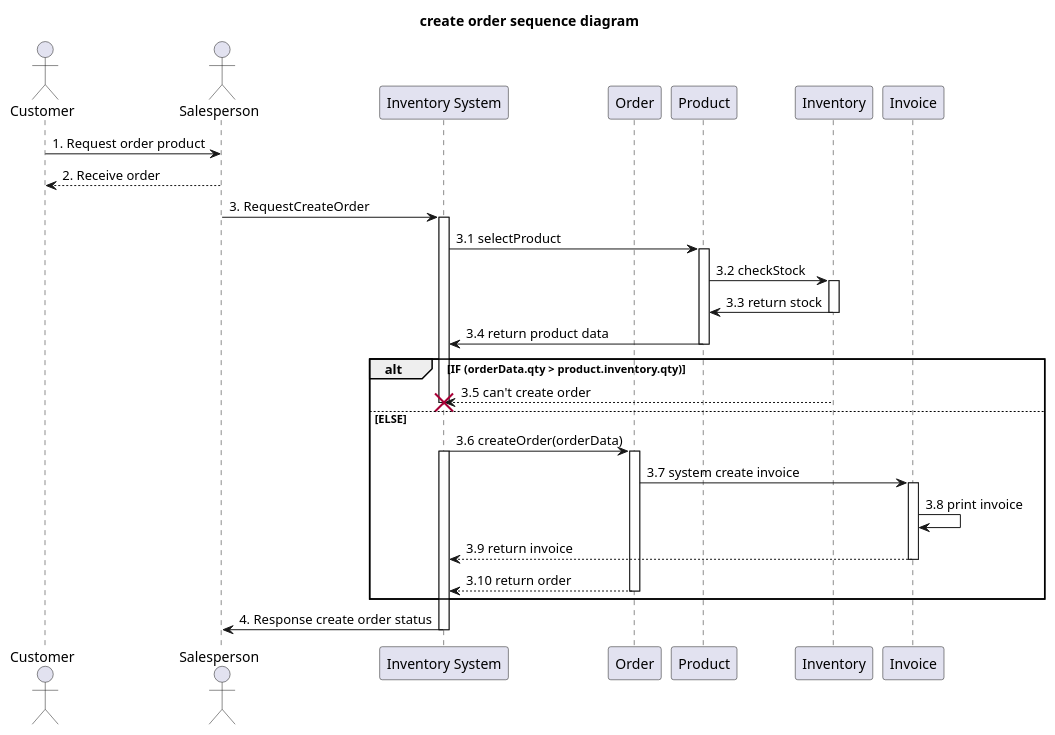
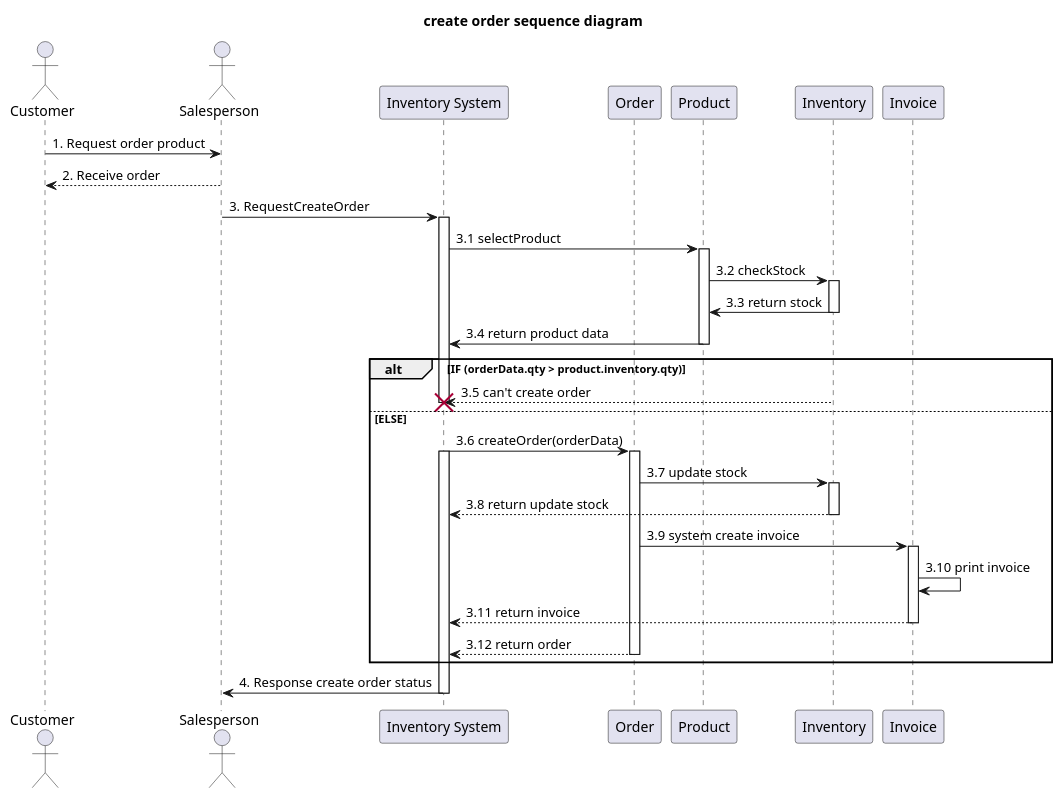
The diagram in system-analysis/sequence/_4_2_sequence-create-order.puml (billowdev/inventory-system-plantuml-sequelize-seeder-example), drawn with PlantUML before and after one commit.

```diff
--- a/system-analysis/sequence/_4_2_sequence-create-order.puml
+++ b/system-analysis/sequence/_4_2_sequence-create-order.puml
@@ -1,67 +1,74 @@
 @startuml
 'example
 title create order sequence diagram
 
 actor Customer as actorCustomer
 
 actor Salesperson as actorSalesperson
 participant "Inventory System" as InventorySystem
 participant "Order" as classOrder
 participant "Product" as classProduct
 participant "Inventory" as classInventory
 participant "Invoice" as classInvoice
 
 
 actorCustomer -> actorSalesperson : 1. Request order product
 
 actorSalesperson --> actorCustomer : 2. Receive order
 
 actorSalesperson -> InventorySystem: 3. RequestCreateOrder
 activate InventorySystem
 
 '-------------- START create order ---------------
 InventorySystem -> classProduct: 3.1 selectProduct
 activate classProduct
 
 classProduct -> classInventory: 3.2 checkStock
 activate classInventory
 
 classInventory -> classProduct: 3.3 return stock
 deactivate classInventory
 
 classProduct -> InventorySystem: 3.4 return product data
 deactivate classProduct
 
 alt IF (orderData.qty > product.inventory.qty)
 classInventory --> InventorySystem : 3.5 can't create order
 'deactivate InventorySystem
  destroy InventorySystem
 
 else ELSE
 
 InventorySystem -> classOrder: 3.6 createOrder(orderData)
 activate classOrder
 activate InventorySystem
 
+classOrder -> classInventory: 3.7 update stock
+activate classInventory
+
+classInventory --> InventorySystem : 3.8 return update stock
+deactivate classInventory
 
 
-classOrder -> classInvoice : 3.7 system create invoice
+classOrder -> classInvoice : 3.9 system create invoice
+activate classInvoice
+classInvoice -> classInvoice : 3.10 print invoice
+classInvoice --> InventorySystem: 3.11 return invoice
 
-activate classInvoice
-classInvoice -> classInvoice : 3.8 print invoice
-classInvoice --> InventorySystem: 3.9 return invoice
+
+
 
 deactivate classInvoice
-classOrder --> InventorySystem: 3.10 return order
+classOrder --> InventorySystem: 3.12 return order
 deactivate classOrder
 
 end
 
 
 InventorySystem -> actorSalesperson: 4. Response create order status
 deactivate InventorySystem
 
 
 
 
 @enduml
```
